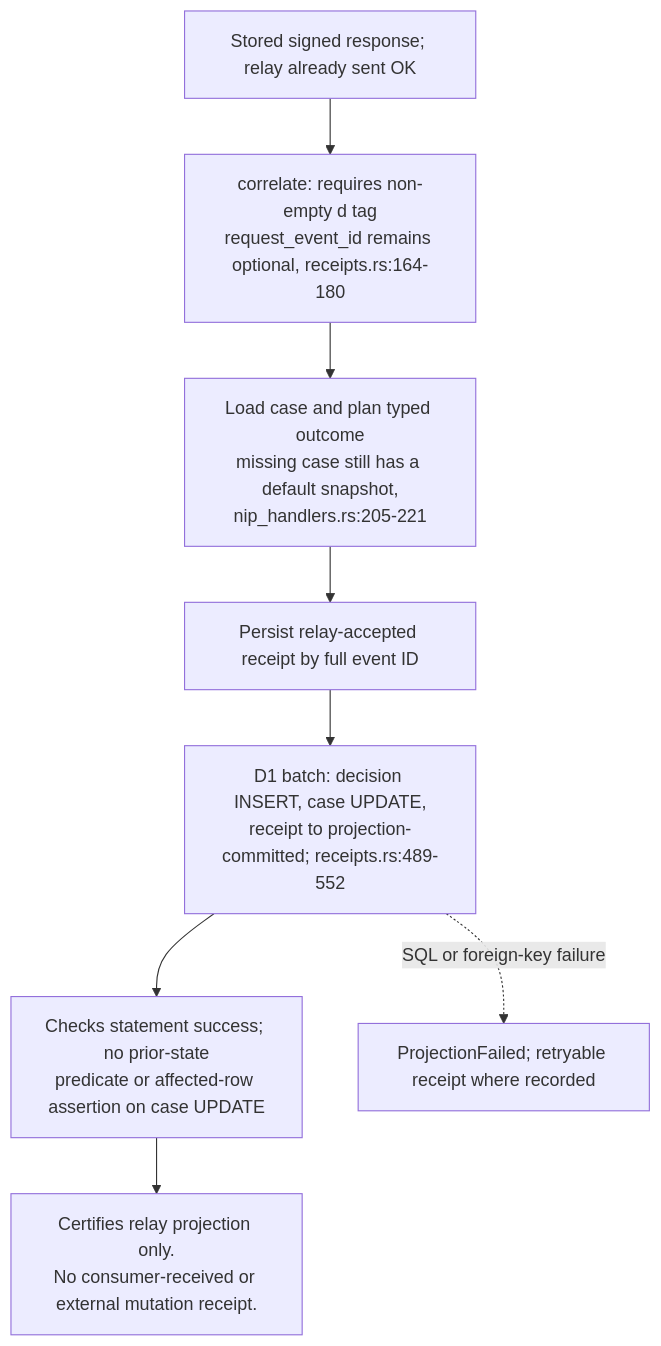
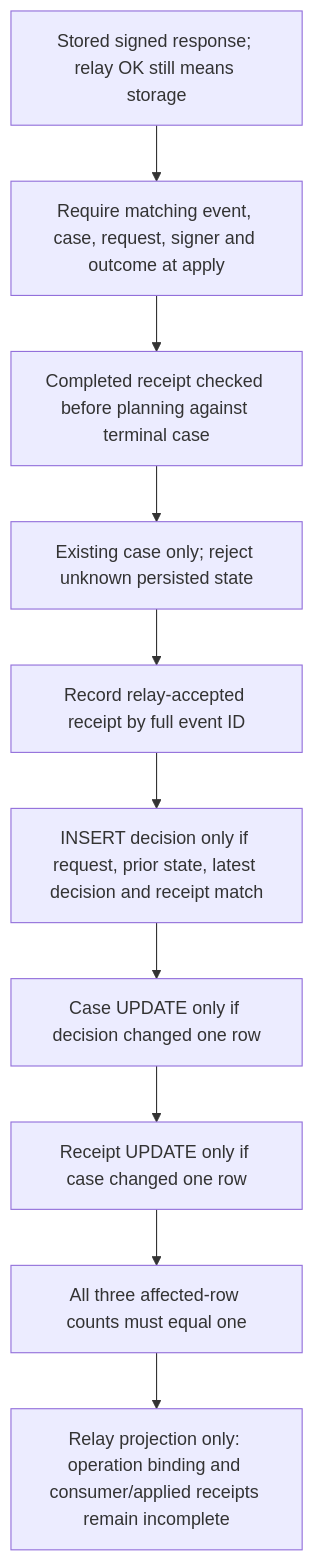
One commit to DreamLab-AI/VisionFlow changed diagram 11 of 11 in docs/diagrams/nostr-rust-forum/06-agent-control-surface-31400-31405.md. Above: the diagram before and after it, drawn with Mermaid. The commit also changed other lines of this file and 52 other files, not shown here.

First line of the commit message:
docs(diagrams): wave 3 checkpoint — bare line refs resolved, revision-pinned cite-check, VC-05/AB-01..13 re-attested

````diff
--- a/docs/diagrams/nostr-rust-forum/06-agent-control-surface-31400-31405.md
+++ b/docs/diagrams/nostr-rust-forum/06-agent-control-surface-31400-31405.md
@@ -300,10 +299,12 @@
 ```mermaid
 flowchart TB
-    EVENT["Stored signed response; relay already sent OK"] --> CORR["correlate: requires non-empty d tag<br/>request_event_id remains optional, receipts.rs:164-180"]
-    CORR --> PLAN["Load case and plan typed outcome<br/>missing case still has a default snapshot,<br/>nip_handlers.rs:205-221"]
-    PLAN --> ACCEPT["Persist relay-accepted receipt by full event ID"]
-    ACCEPT --> BATCH["D1 batch: decision INSERT, case UPDATE,<br/>receipt to projection-committed; receipts.rs:489-552"]
-    BATCH --> OK["Checks statement success; no prior-state<br/>predicate or affected-row assertion on case UPDATE"]
-    BATCH -. "SQL or foreign-key failure" .-> FAIL["ProjectionFailed; retryable receipt where recorded"]
-    OK --> LIMIT["Certifies relay projection only.<br/>No consumer-received or external mutation receipt."]
+    EVENT["Stored signed response; relay OK still means storage"] --> CORR["Require matching event, case, request, signer and outcome at apply"]
+    CORR --> REPLAY["Completed receipt checked before planning against terminal case"]
+    REPLAY --> PLAN["Existing case only; reject unknown persisted state"]
+    PLAN --> ACCEPT["Record relay-accepted receipt by full event ID"]
+    ACCEPT --> SQL["INSERT decision only if request, prior state, latest decision and receipt match"]
+    SQL --> CASE["Case UPDATE only if decision changed one row"]
+    CASE --> RECEIPT["Receipt UPDATE only if case changed one row"]
+    RECEIPT --> CHECK["All three affected-row counts must equal one"]
+    CHECK --> LIMIT["Relay projection only: operation binding and consumer/applied receipts remain incomplete"]
 ```
````
